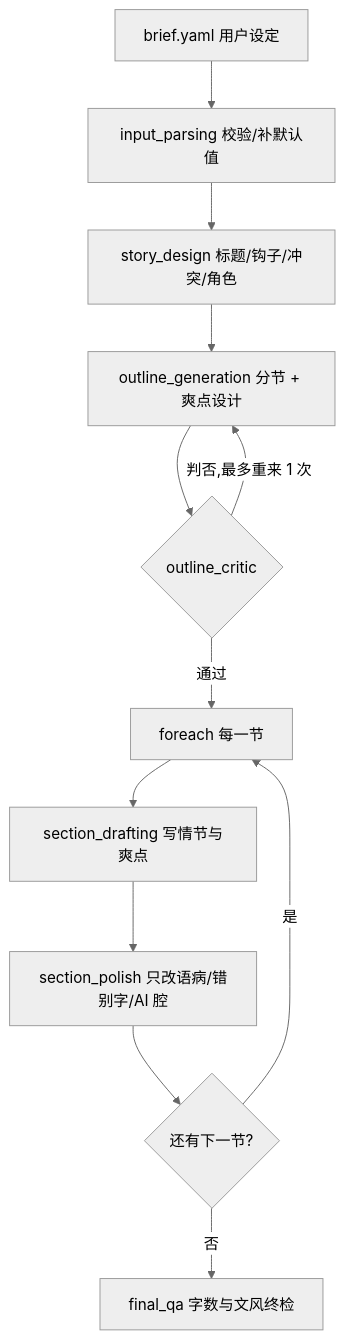
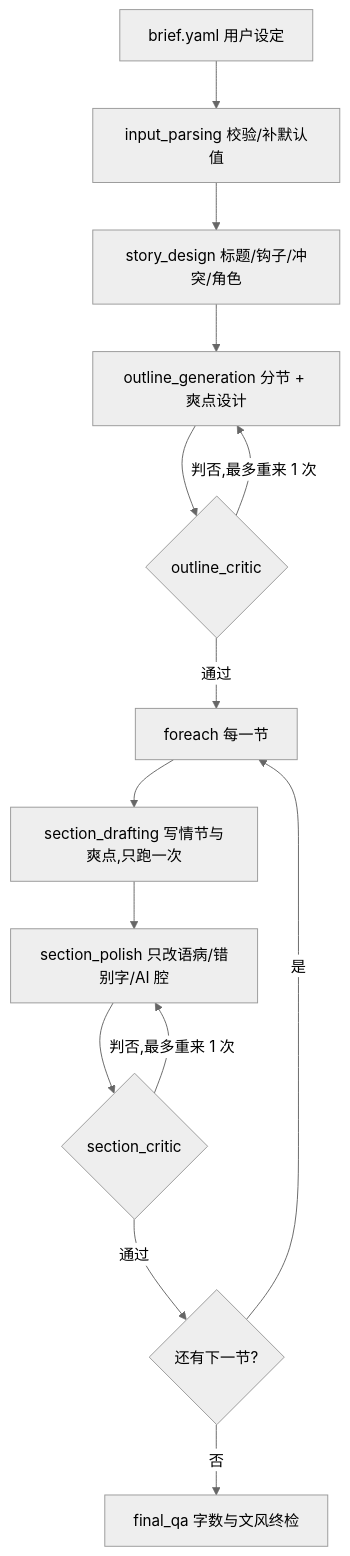
One commit to BuMaRen/miniagent changed the diagram in scenarios/short/README.md. Above: the diagram before and after it, drawn with Mermaid (neutral theme). The commit also changed other lines of this file and 13 other files, not shown here.

````diff
--- a/scenarios/short/README.md
+++ b/scenarios/short/README.md
@@ -52,14 +60,16 @@
 ```mermaid
 flowchart TD
     A[brief.yaml 用户设定] --> B[input_parsing 校验/补默认值]
     B --> C[story_design 标题/钩子/冲突/角色]
     C --> D[outline_generation 分节 + 爽点设计]
     D --> E{outline_critic}
     E -- 判否,最多重来 1 次 --> D
     E -- 通过 --> F[foreach 每一节]
-    F --> G[section_drafting 写情节与爽点]
+    F --> G[section_drafting 写情节与爽点,只跑一次]
     G --> H[section_polish 只改语病/错别字/AI 腔]
-    H --> J{还有下一节?}
+    H --> I{section_critic}
+    I -- 判否,最多重来 1 次 --> H
+    I -- 通过 --> J{还有下一节?}
     J -- 是 --> F
     J -- 否 --> K[final_qa 字数与文风终检]
 ```
````
